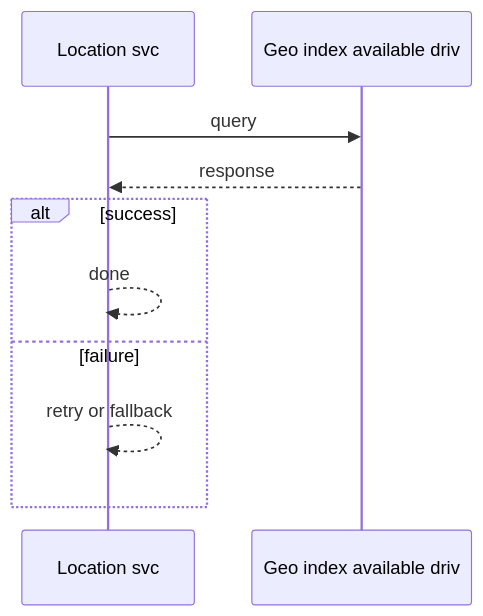
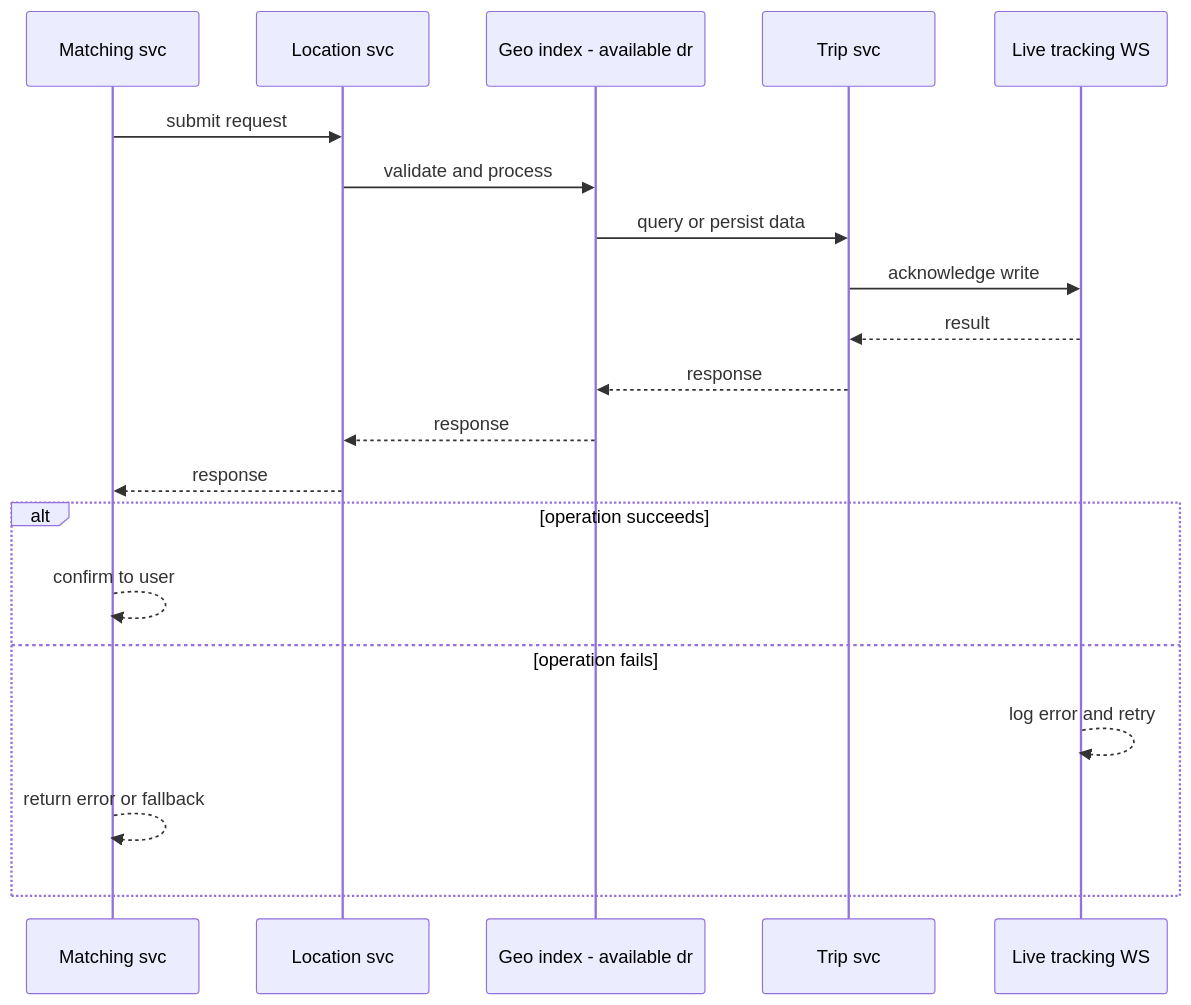
Before and after one commit to RIT-MESH/system-design-mastery: the diagram in diagrams/case-studies/ride-hailing/request-sequence.mmd, drawn with Mermaid. The commit also changed 127 other files, not shown here.

First line of the commit message:
Improve all case study diagrams: case-specific sequences, fix truncated labels

```diff
--- a/diagrams/case-studies/ride-hailing/request-sequence.mmd
+++ b/diagrams/case-studies/ride-hailing/request-sequence.mmd
@@ -1,11 +1,21 @@
 %% created-for: system-design-mastery
 sequenceDiagram
-  participant P0 as Location svc
-  participant P1 as Geo index available driv
-  P0 ->> P1: query
+  participant P0 as Matching svc
+  participant P1 as Location svc
+  participant P2 as Geo index - available dr
+  participant P3 as Trip svc
+  participant P4 as Live tracking WS
+  P0 ->> P1: submit request
+  P1 ->> P2: validate and process
+  P2 ->> P3: query or persist data
+  P3 ->> P4: acknowledge write
+  P4 -->> P3: result
+  P3 -->> P2: response
+  P2 -->> P1: response
   P1 -->> P0: response
-  alt success
-    P0 -->> P0: done
-  else failure
-    P0 -->> P0: retry or fallback
+  alt operation succeeds
+    P0 -->> P0: confirm to user
+  else operation fails
+    P4 -->> P4: log error and retry
+    P0 -->> P0: return error or fallback
   end
```
